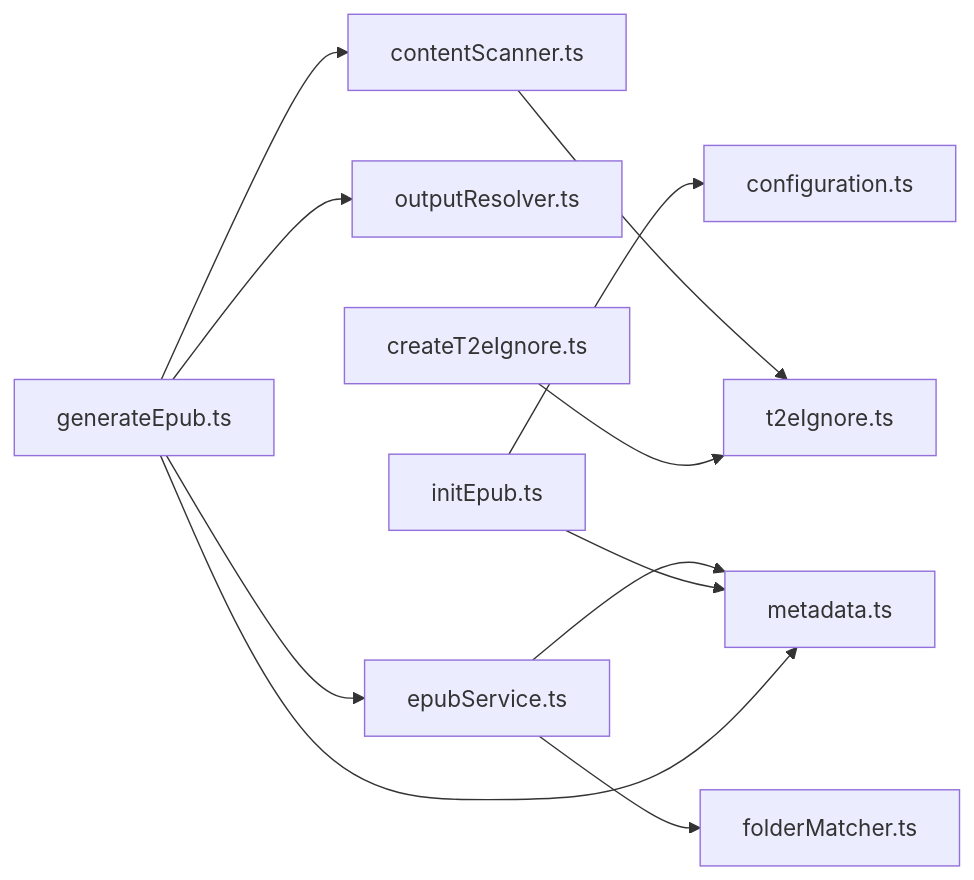
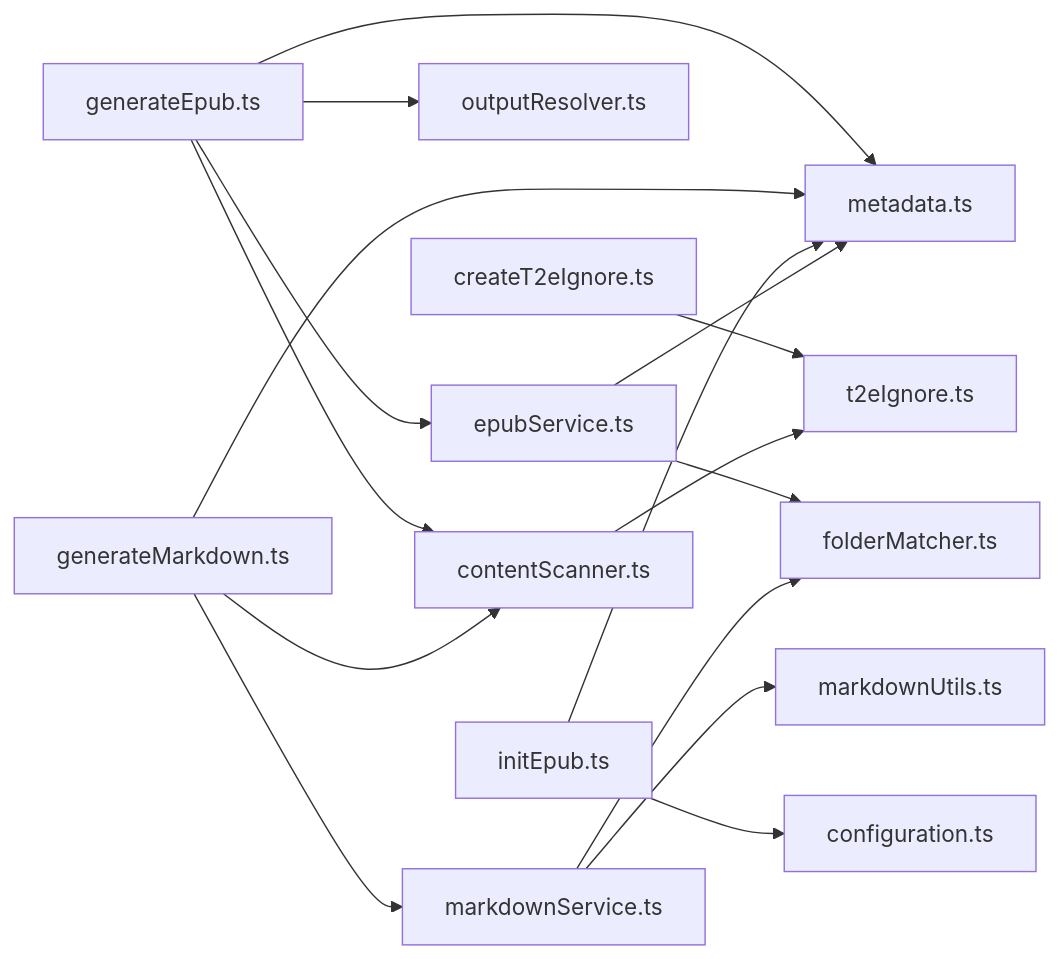
One commit to someok/vscode-folder2epub changed diagram 13 of 13 in .qoder/repowiki/zh/content/核心功能详解/核心功能详解.md. Above: the diagram before and after it, drawn with Mermaid. The commit also changed other lines of this file and 8 other files, not shown here.

````diff
--- a/.qoder/repowiki/zh/content/核心功能详解/核心功能详解.md
+++ b/.qoder/repowiki/zh/content/核心功能详解/核心功能详解.md
@@ -424,13 +565,18 @@
 ```mermaid
 graph LR
 GEN["generateEpub.ts"] --> META["metadata.ts"]
 GEN --> SCAN["contentScanner.ts"]
 GEN --> OUT["outputResolver.ts"]
 GEN --> EPUB["epubService.ts"]
+MERGE["generateMarkdown.ts"] --> META
+MERGE --> SCAN
+MERGE --> MD["markdownService.ts"]
+MD --> UTIL["markdownUtils.ts"]
 INIT["initEpub.ts"] --> CONF["configuration.ts"]
 INIT --> META
 T2E["createT2eIgnore.ts"] --> T2E_SVC["t2eIgnore.ts"]
 EPUB --> MATCH["folderMatcher.ts"]
 EPUB --> META
 SCAN --> T2E_SVC
+MD --> MATCH
 ```
````
